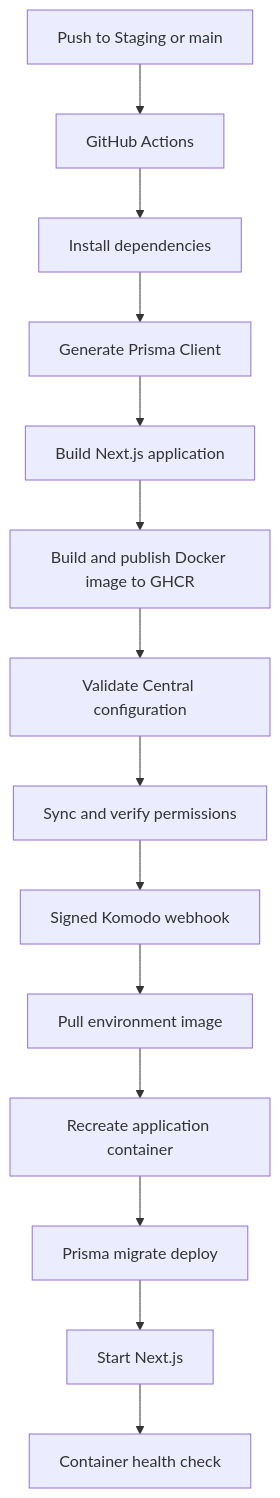
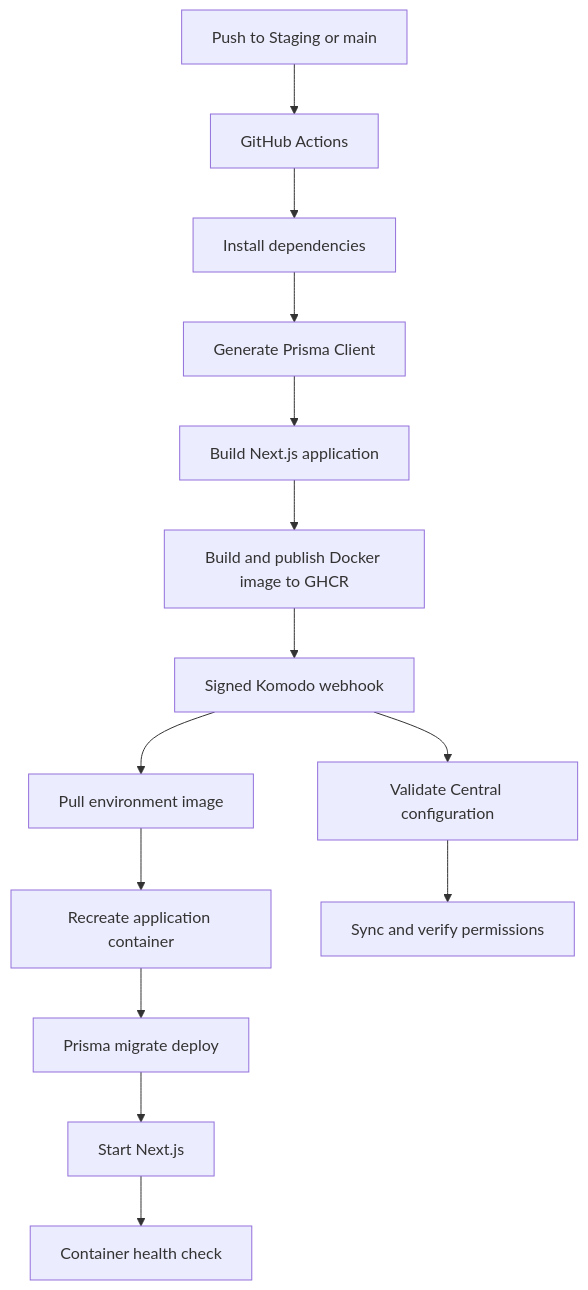
Before and after one commit to MWS-MAD-Labs/mws-proofpoint: the second of 2 diagrams in README.md, drawn with Mermaid. The commit also changed other lines of this file and 6 other files, not shown here.

Commit message:
ci: send Central permissions after deployment

````diff
--- a/README.md
+++ b/README.md
@@ -263,16 +263,16 @@
 ```mermaid
 flowchart TD
     A[Push to Staging or main] --> B[GitHub Actions]
     B --> C[Install dependencies]
     C --> D[Generate Prisma Client]
     D --> E[Build Next.js application]
     E --> F[Build and publish Docker image to GHCR]
-    F --> G[Validate Central configuration]
-    G --> H[Sync and verify permissions]
-    H --> I[Signed Komodo webhook]
-    I --> J[Pull environment image]
-    J --> K[Recreate application container]
-    K --> L[Prisma migrate deploy]
-    L --> M[Start Next.js]
-    M --> N[Container health check]
+    F --> G[Signed Komodo webhook]
+    G --> H[Pull environment image]
+    H --> I[Recreate application container]
+    I --> J[Prisma migrate deploy]
+    J --> K[Start Next.js]
+    K --> L[Container health check]
+    G --> M[Validate Central configuration]
+    M --> N[Sync and verify permissions]
 ```
````
